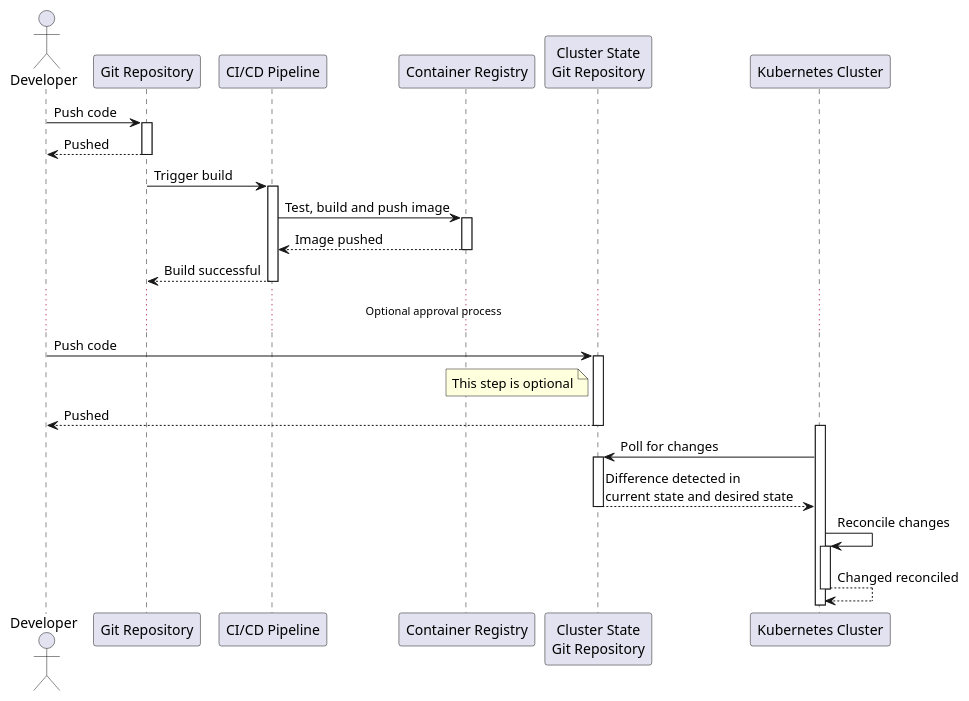
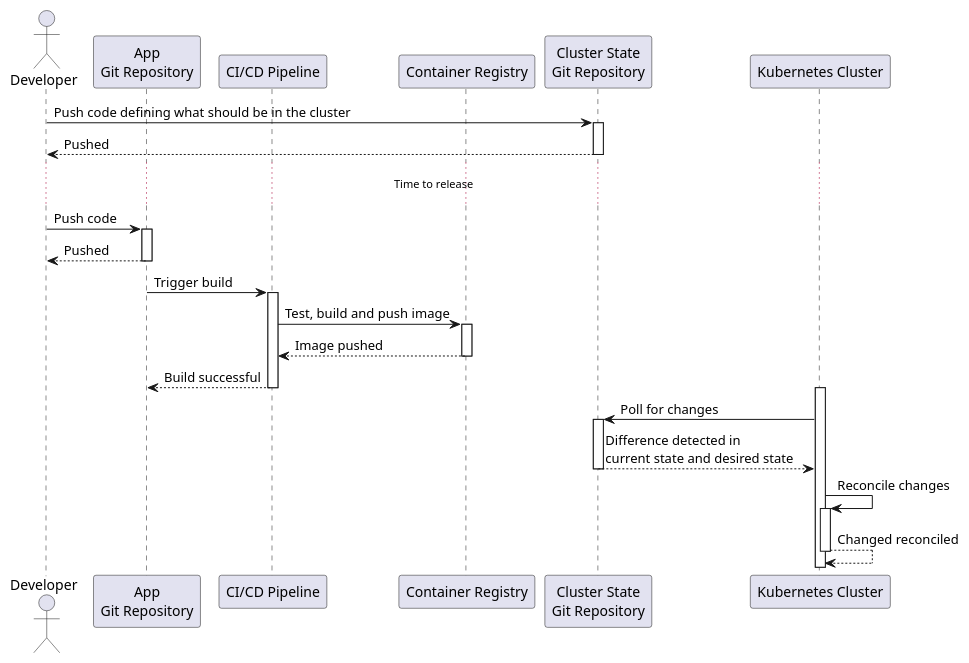
One commit to cristianrgreco/cristianrgreco.github.io- changed the second of 2 diagrams in _posts/2024-11-21-flux-and-gitops.adoc. Above: the diagram before and after it, drawn with PlantUML. The commit also changed other lines of this file, not shown here.

Commit message:
Improvement

```diff
--- a/_posts/2024-11-21-flux-and-gitops.adoc
+++ b/_posts/2024-11-21-flux-and-gitops.adoc
@@ -69,31 +69,31 @@
 [plantuml, format=svg]
 ----
 autoactivate on
+
 Actor Developer
-Participant "Git Repository" as Git
+Participant "App\nGit Repository" as Git
 Participant "CI/CD Pipeline" as Pipeline
 Participant "Container Registry" as Registry
 Participant "Cluster State\nGit Repository" as CGit
 Participant "Kubernetes Cluster" as Cluster
+
+Developer -> CGit: Push code defining what should be in the cluster
+return Pushed
+
+...Time to release...
 
 Developer -> Git: Push code
 return Pushed
 
 Git -> Pipeline: Trigger build
 Pipeline -> Registry: Test, build and push image
 return Image pushed
 return Build successful
 
-...Optional approval process...
-
-Developer -> CGit: Push code
-note left of CGit: This step is optional
-return Pushed
-
 activate Cluster
 Cluster -> CGit: Poll for changes
 return Difference detected in\ncurrent state and desired state
 
 Cluster -> Cluster: Reconcile changes
 return Changed reconciled
 ----
```
